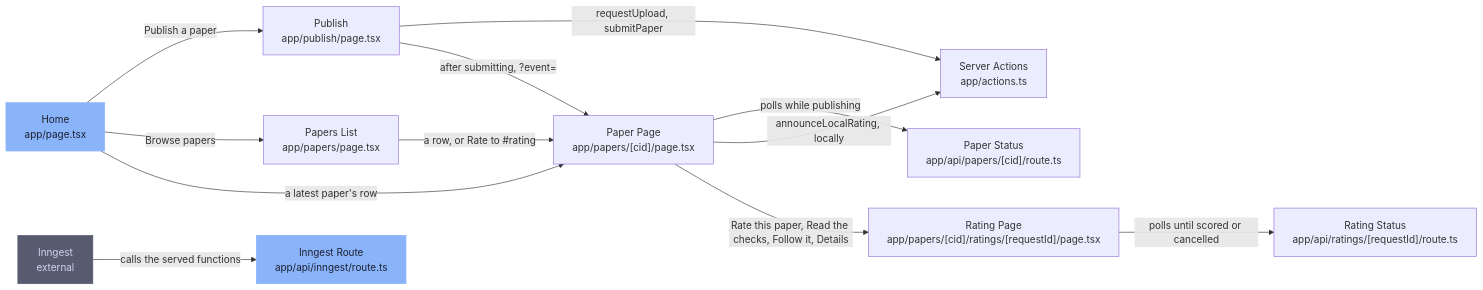
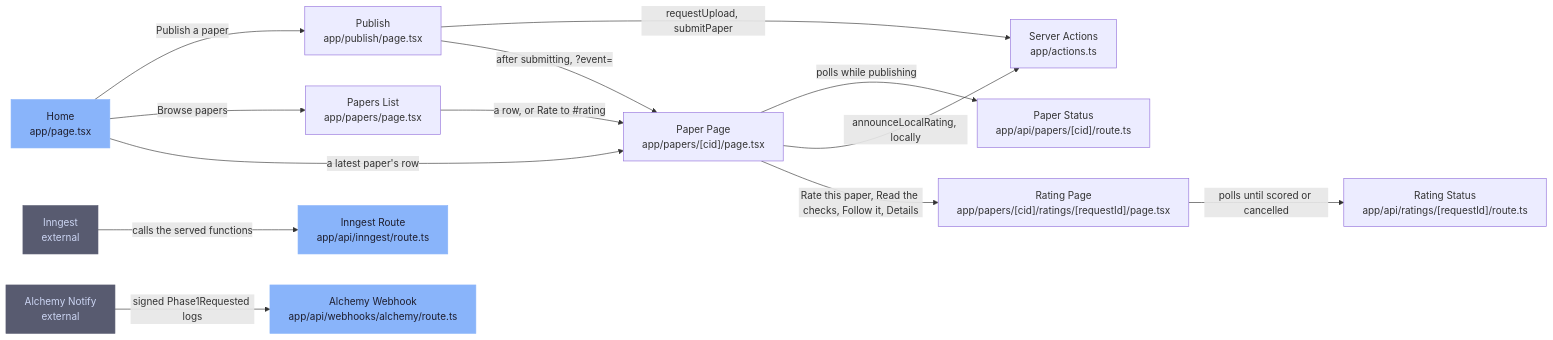
Before and after one commit to SiegfriedBz/labstrail: the diagram in .omm/route-page-map/diagram.mmd, drawn with Mermaid. The commit also changed 58 other files, not shown here.

```diff
--- a/.omm/route-page-map/diagram.mmd
+++ b/.omm/route-page-map/diagram.mmd
@@ -1,16 +1,17 @@
 graph LR
     home["Home\napp/page.tsx"] -->|"Publish a paper"| publish["Publish\napp/publish/page.tsx"]
     home -->|"Browse papers"| papers["Papers List\napp/papers/page.tsx"]
     home -->|"a latest paper's row"| paper["Paper Page\napp/papers/[cid]/page.tsx"]
     papers -->|"a row, or Rate to #rating"| paper
     publish -->|"requestUpload, submitPaper"| server-actions["Server Actions\napp/actions.ts"]
     publish -->|"after submitting, ?event=<id>"| paper
     paper -->|"polls while publishing"| api-papers["Paper Status\napp/api/papers/[cid]/route.ts"]
     paper -->|"announceLocalRating, locally"| server-actions
     paper -->|"Rate this paper, Read the checks, Follow it, Details"| rating["Rating Page\napp/papers/[cid]/ratings/[requestId]/page.tsx"]
     rating -->|"polls until scored or cancelled"| api-ratings["Rating Status\napp/api/ratings/[requestId]/route.ts"]
     inngest["Inngest\nexternal"] -->|"calls the served functions"| inngest-route["Inngest Route\napp/api/inngest/route.ts"]
+    alchemy-notify["Alchemy Notify\nexternal"] -->|"signed Phase1Requested logs"| api-webhooks["Alchemy Webhook\napp/api/webhooks/alchemy/route.ts"]
     classDef entry fill:#89b4fa,stroke:#89b4fa,color:#1e1e2e
     classDef external fill:#585b70,stroke:#585b70,color:#cdd6f4
-    class home,inngest-route entry
-    class inngest external
+    class home,inngest-route,api-webhooks entry
+    class inngest,alchemy-notify external
```
